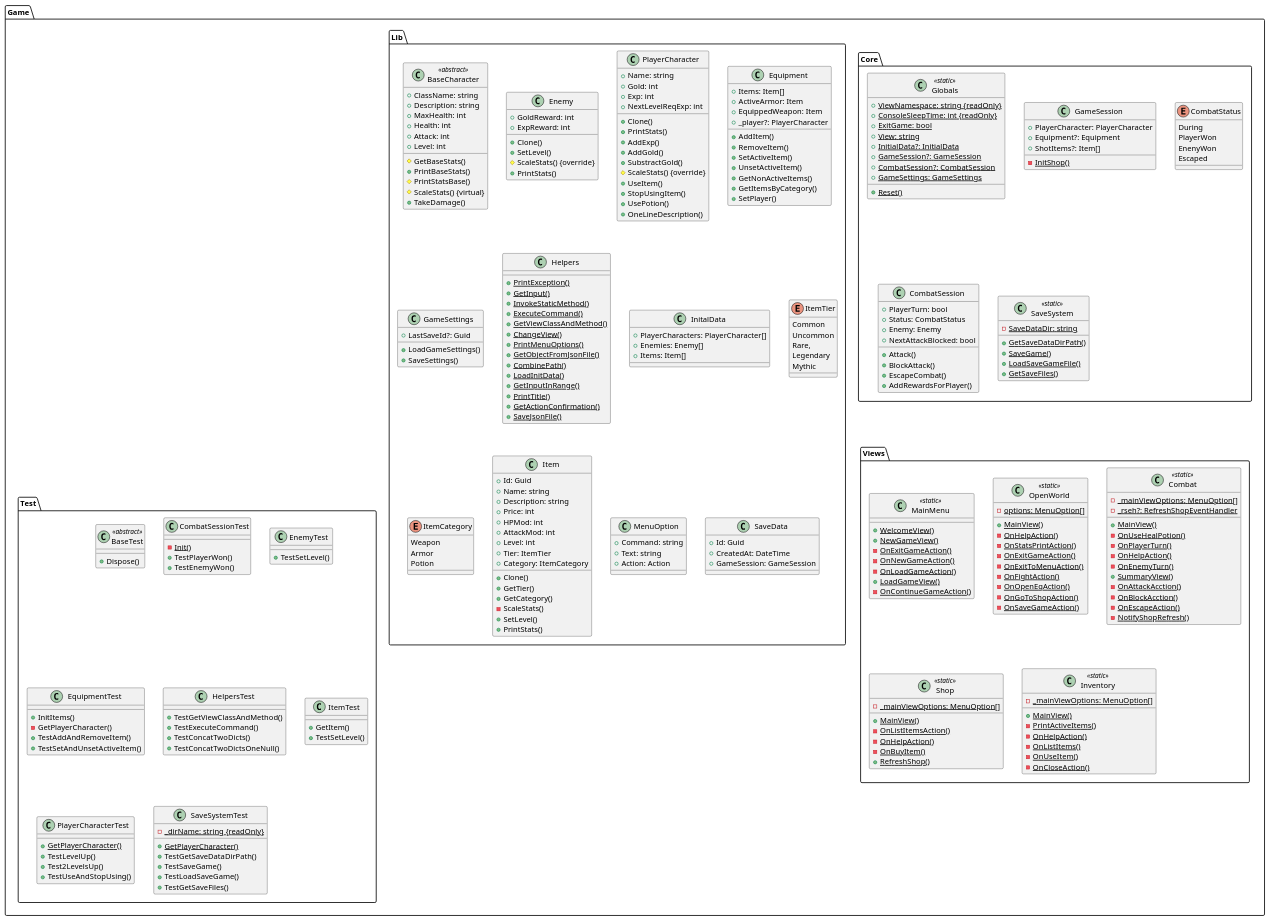
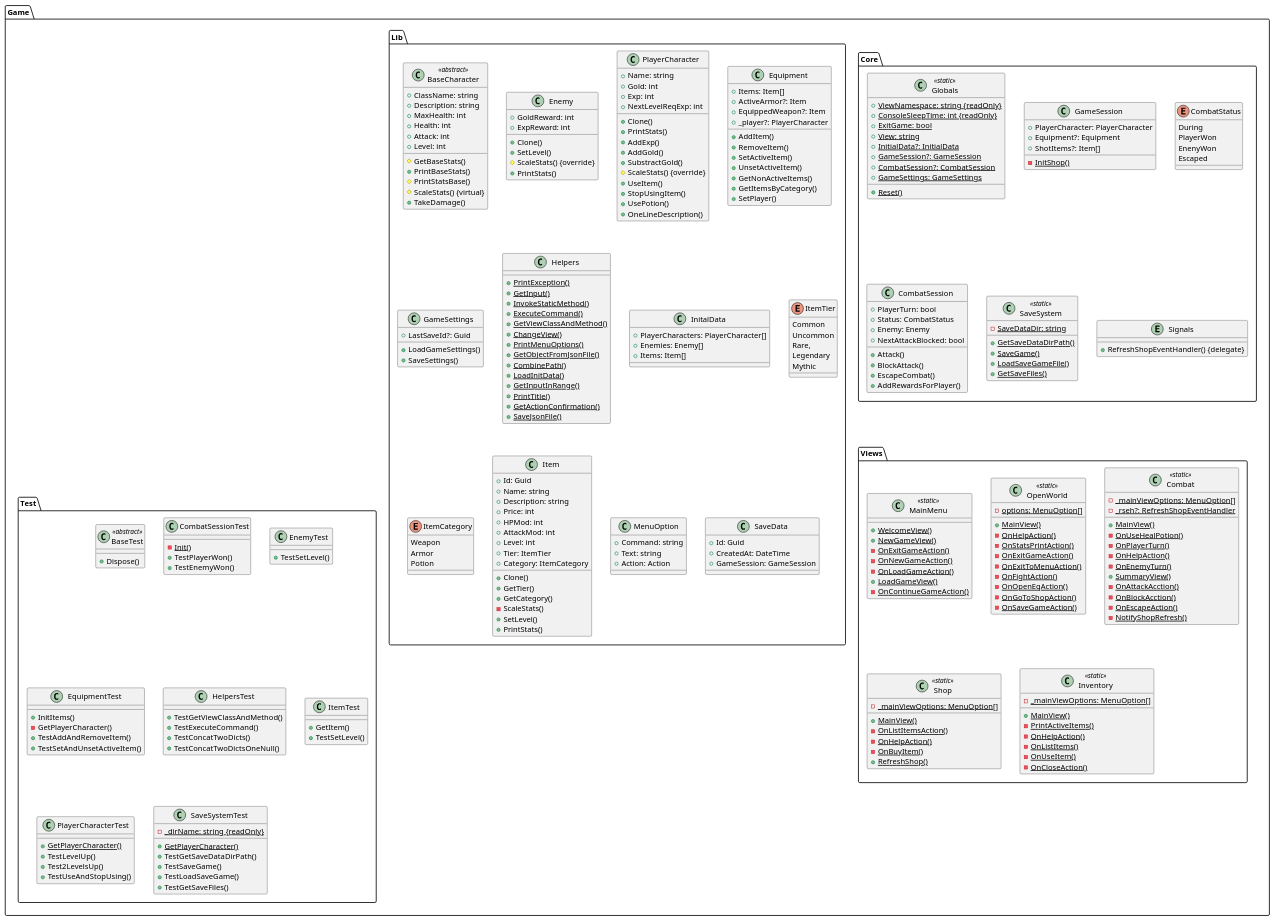
Before and after one commit to orlowski-dev/JPP-3IN-P-Projekt: the diagram in Docs/classes.puml, drawn with PlantUML. The commit also changed 1 other file, not shown here.

Commit message:
added uml relations

```diff
--- a/Docs/classes.puml
+++ b/Docs/classes.puml
@@ -86,8 +86,8 @@
 
 class Game.Lib.Equipment {
   +Items: Item[]
-  +ActiveArmor: Item
-  +EquippedWeapon: Item
+  +ActiveArmor?: Item
+  +EquippedWeapon?: Item
   +_player?: PlayerCharacter
   +AddItem()
   +RemoveItem()
@@ -276,4 +276,8 @@
   +TestLoadSaveGame()
   +TestGetSaveFiles()
 }
+
+entity Game.Core.Signals {
+  +RefreshShopEventHandler() {delegate}
+}
 @enduml
```
